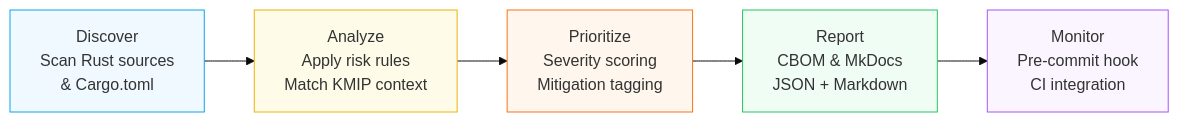
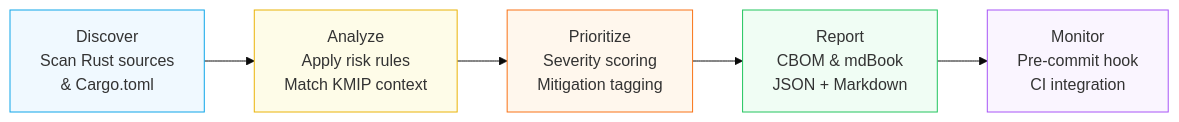
The fifth of 5 diagrams in documentation/docs/certifications_and_compliance/audit/crypto_inventory.md (Cosmian/kms), drawn with Mermaid (base theme) before and after one commit. The commit also changed 10 other files, not shown here.

````diff
--- a/documentation/docs/certifications_and_compliance/audit/crypto_inventory.md
+++ b/documentation/docs/certifications_and_compliance/audit/crypto_inventory.md
@@ -225,12 +225,12 @@
 ```mermaid
 flowchart LR
     A["Discover\nScan Rust sources\n& Cargo.toml"] --> B["Analyze\nApply risk rules\nMatch KMIP context"]
     B --> C["Prioritize\nSeverity scoring\nMitigation tagging"]
-    C --> D["Report\nCBOM & MkDocs\nJSON + Markdown"]
+    C --> D["Report\nCBOM & mdBook\nJSON + Markdown"]
     D --> E["Monitor\nPre-commit hook\nCI integration"]
     style A fill:#f0f9ff,stroke:#0ea5e9
     style B fill:#fefce8,stroke:#eab308
     style C fill:#fff7ed,stroke:#f97316
     style D fill:#f0fdf4,stroke:#22c55e
     style E fill:#faf5ff,stroke:#a855f7
 ```
````
